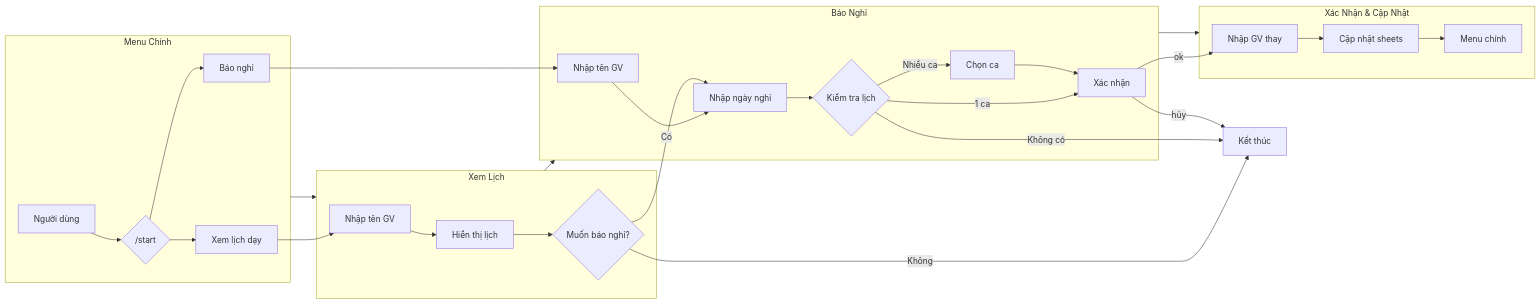
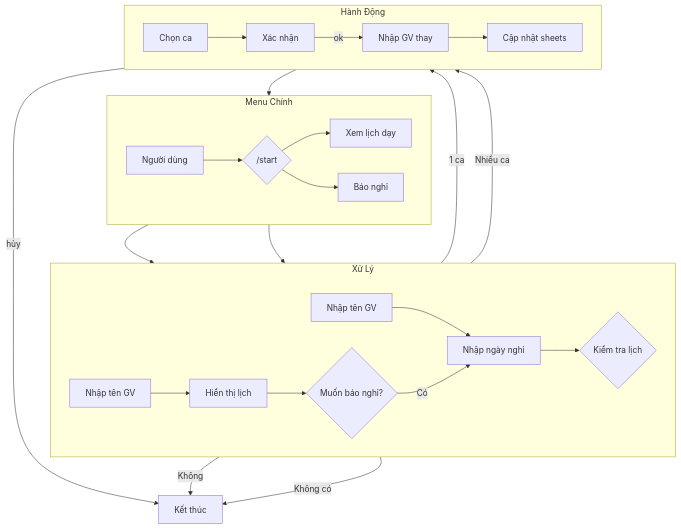
Before and after one commit to let-shyn-cook/TeacherBot-Assistant: the diagram in readme.md, drawn with Mermaid.

````diff
--- a/readme.md
+++ b/readme.md
@@ -117,38 +117,36 @@
 ```mermaid
-flowchart LR
+flowchart TB
     subgraph Menu["Menu Chính"]
+        direction LR
         A[Người dùng] --> B{/start}
         B --> C[Xem lịch dạy]
         B --> D[Báo nghỉ]
     end
 
-    subgraph Calendar["Xem Lịch"]
+    subgraph Process["Xử Lý"]
+        direction LR
         C --> C1[Nhập tên GV]
+        D --> E[Nhập tên GV]
+        
         C1 --> C2[Hiển thị lịch]
+        E --> F[Nhập ngày nghỉ]
+        
         C2 --> C3{Muốn báo nghỉ?}
+        F --> G{Kiểm tra lịch}
     end
 
-    subgraph DayOff["Báo Nghỉ"]
-        D --> E[Nhập tên GV]
-        E --> F[Nhập ngày nghỉ]
-        F --> G{Kiểm tra lịch}
+    subgraph Actions["Hành Động"]
+        direction LR
         G --> |1 ca| H[Xác nhận]
         G --> |Nhiều ca| I[Chọn ca]
         I --> H
-    end
-
-    subgraph Confirm["Xác Nhận & Cập Nhật"]
         H --> |ok| J[Nhập GV thay]
         J --> K[Cập nhật sheets]
-        K --> L[Menu chính]
     end
 
     C3 --> |Có| F
     C3 --> |Không| Z[Kết thúc]
     G --> |Không có| Z
     H --> |hủy| Z
-
-    Menu --> Calendar
-    Calendar --> DayOff
-    DayOff --> Confirm
+    K --> B
 ```
````
